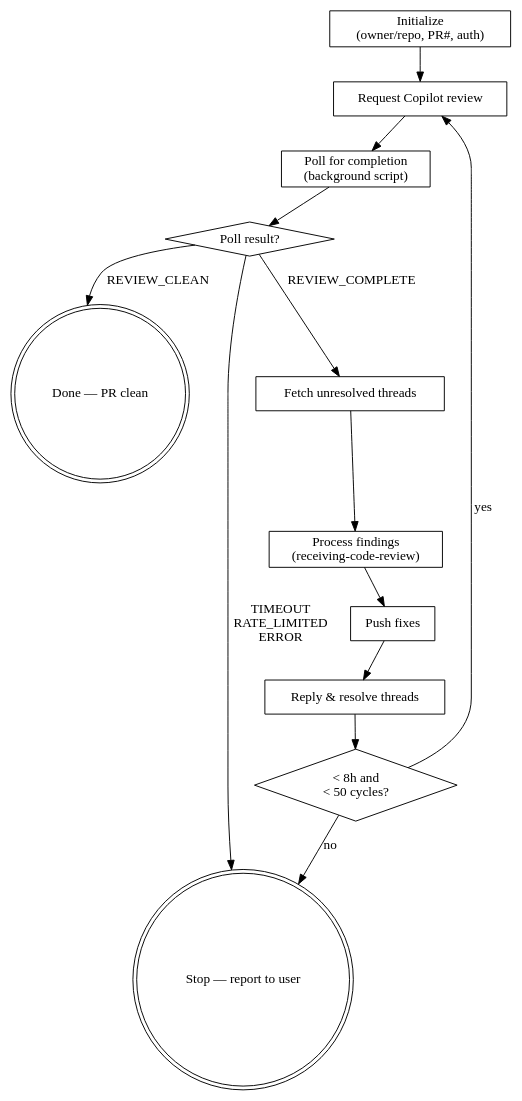
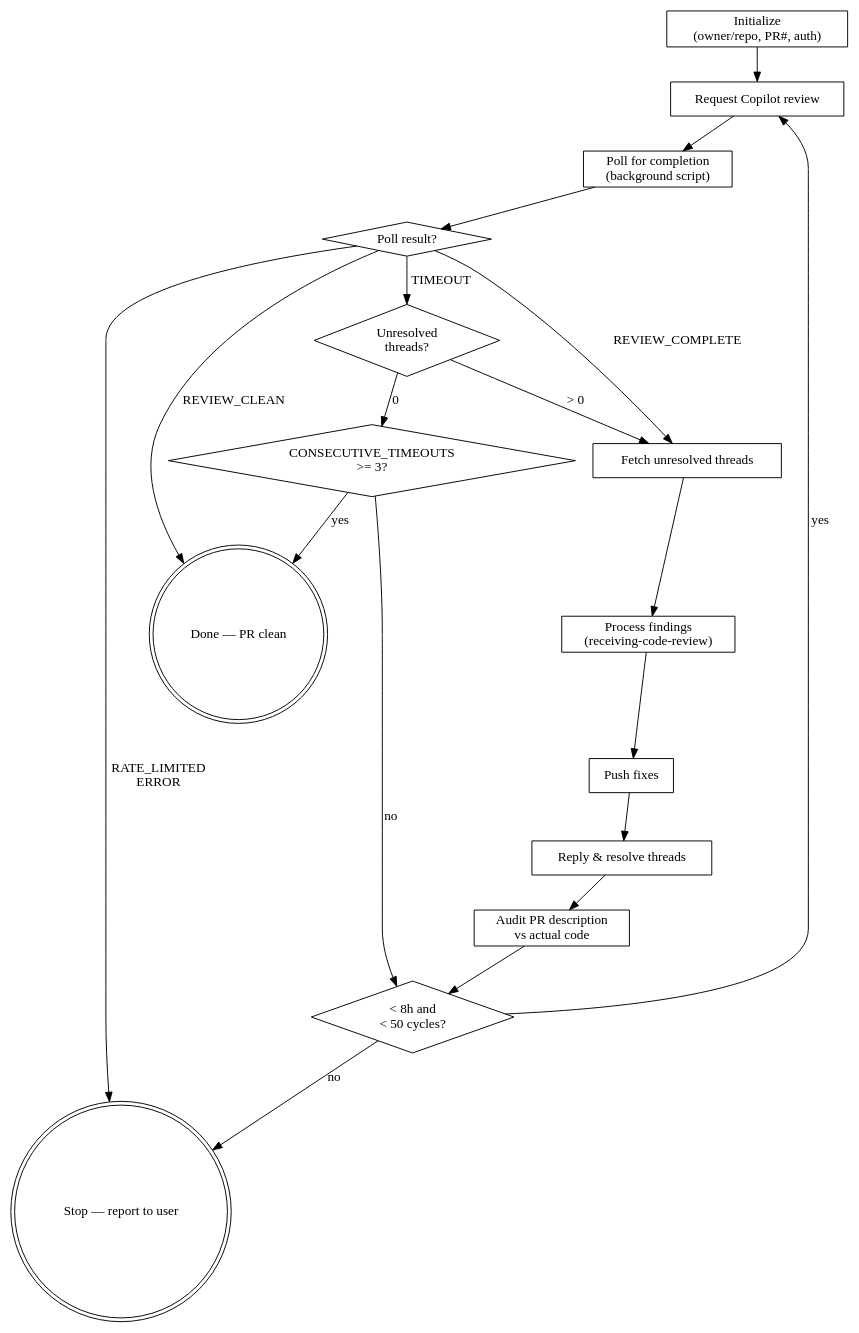
The diagram in skills/copilot-review/SKILL.md (perezd/claudetainer), drawn with Graphviz before and after one commit. The commit also changed other lines of this file, not shown here.

First line of the commit message:
fix(skills): add timeout convergence and PR description audit to copilot-review (#96)

````diff
--- a/skills/copilot-review/SKILL.md
+++ b/skills/copilot-review/SKILL.md
@@ -23,30 +23,39 @@
 ```dot
 digraph copilot_review {
     rankdir=TB;
 
     init [label="Initialize\n(owner/repo, PR#, auth)" shape=box];
     request [label="Request Copilot review" shape=box];
     poll [label="Poll for completion\n(background script)" shape=box];
     result [label="Poll result?" shape=diamond];
+    timeout_query [label="Unresolved\nthreads?" shape=diamond];
+    timeout_converge [label="CONSECUTIVE_TIMEOUTS\n>= 3?" shape=diamond];
     fetch [label="Fetch unresolved threads" shape=box];
     process [label="Process findings\n(receiving-code-review)" shape=box];
     push [label="Push fixes" shape=box];
     resolve [label="Reply & resolve threads" shape=box];
+    desc_audit [label="Audit PR description\nvs actual code" shape=box];
     guard [label="< 8h and\n< 50 cycles?" shape=diamond];
     done_clean [label="Done — PR clean" shape=doublecircle];
     done_stop [label="Stop — report to user" shape=doublecircle];
 
     init -> request;
     request -> poll;
     poll -> result;
     result -> done_clean [label="REVIEW_CLEAN"];
-    result -> done_stop [label="TIMEOUT\nRATE_LIMITED\nERROR"];
+    result -> timeout_query [label="TIMEOUT"];
+    result -> done_stop [label="RATE_LIMITED\nERROR"];
     result -> fetch [label="REVIEW_COMPLETE"];
+    timeout_query -> fetch [label="> 0"];
+    timeout_query -> timeout_converge [label="0"];
+    timeout_converge -> done_clean [label="yes"];
+    timeout_converge -> guard [label="no"];
     fetch -> process;
     process -> push;
     push -> resolve;
-    resolve -> guard;
+    resolve -> desc_audit;
+    desc_audit -> guard;
     guard -> request [label="yes"];
     guard -> done_stop [label="no"];
 }
 ```
````
